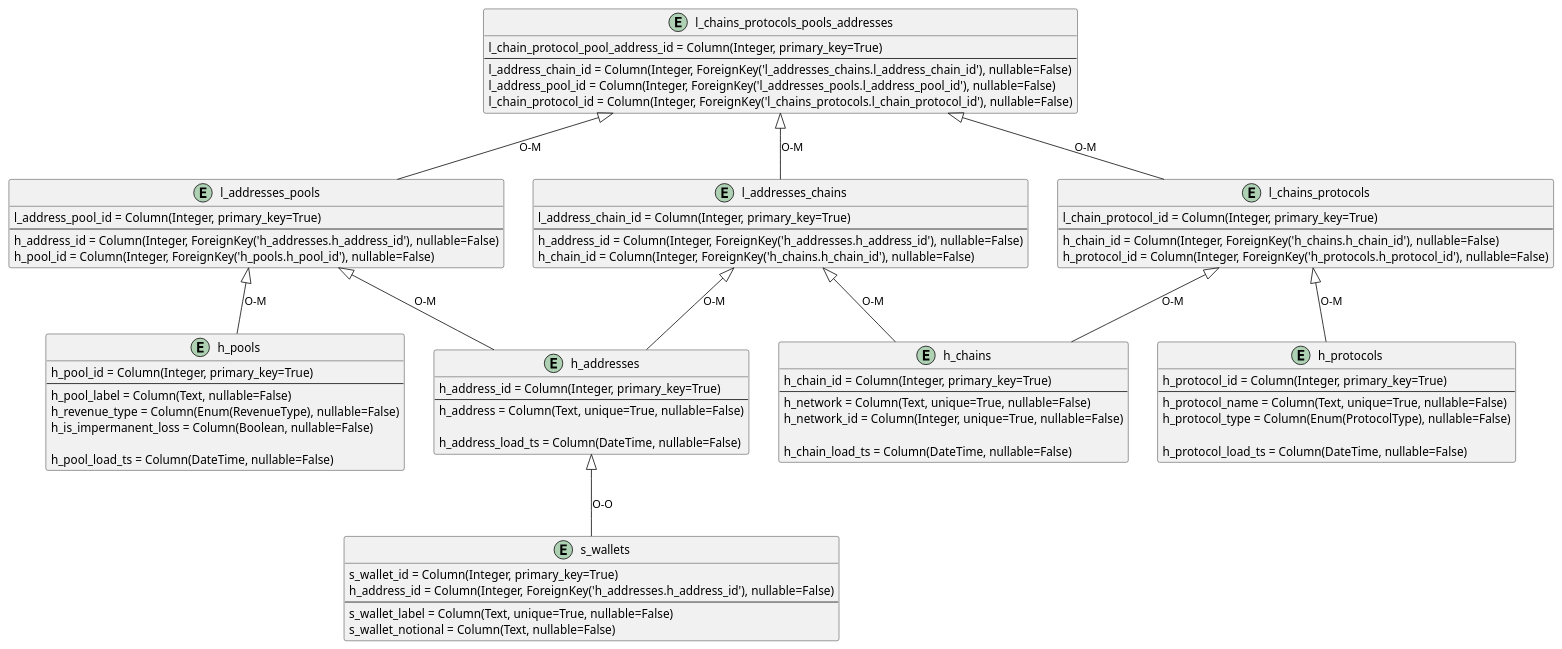
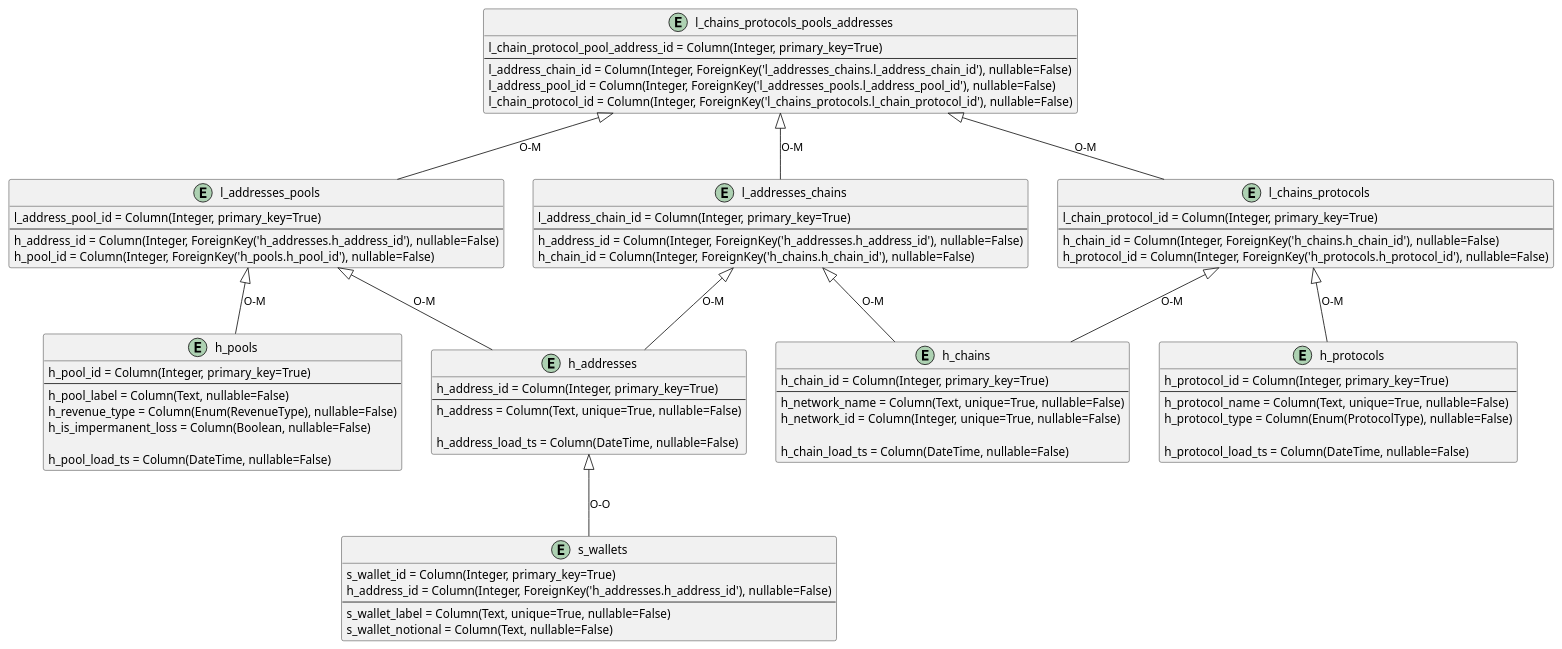
One commit to semyon-puchin/defi-dwh-core changed the diagram in architecture.puml. Above: the diagram before and after it, drawn with PlantUML. The commit also changed 13 other files, not shown here.

```diff
--- a/architecture.puml
+++ b/architecture.puml
@@ -1,96 +1,96 @@
 @startuml
 
 'HUBS
 entity h_addresses {
     h_address_id = Column(Integer, primary_key=True)
     ---
     h_address = Column(Text, unique=True, nullable=False)
 
     h_address_load_ts = Column(DateTime, nullable=False)
 }
 
 entity h_chains {
     h_chain_id = Column(Integer, primary_key=True)
     ---
-    h_network = Column(Text, unique=True, nullable=False)
+    h_network_name = Column(Text, unique=True, nullable=False)
     h_network_id = Column(Integer, unique=True, nullable=False)
 
     h_chain_load_ts = Column(DateTime, nullable=False)
 }
 
 entity h_protocols {
     h_protocol_id = Column(Integer, primary_key=True)
     ---
     h_protocol_name = Column(Text, unique=True, nullable=False)
     h_protocol_type = Column(Enum(ProtocolType), nullable=False)
 
     h_protocol_load_ts = Column(DateTime, nullable=False)
 }
 
 entity h_pools {
     h_pool_id = Column(Integer, primary_key=True)
     ---
     h_pool_label = Column(Text, nullable=False)
     h_revenue_type = Column(Enum(RevenueType), nullable=False)
     h_is_impermanent_loss = Column(Boolean, nullable=False)
 
     h_pool_load_ts = Column(DateTime, nullable=False)
 }
 
 'LINKS
 entity l_chains_protocols {
     l_chain_protocol_id = Column(Integer, primary_key=True)
     ---
     h_chain_id = Column(Integer, ForeignKey('h_chains.h_chain_id'), nullable=False)
     h_protocol_id = Column(Integer, ForeignKey('h_protocols.h_protocol_id'), nullable=False)
 }
 
 entity l_addresses_chains {
     l_address_chain_id = Column(Integer, primary_key=True)
     ---
     h_address_id = Column(Integer, ForeignKey('h_addresses.h_address_id'), nullable=False)
     h_chain_id = Column(Integer, ForeignKey('h_chains.h_chain_id'), nullable=False)
 }
 
 entity l_addresses_pools {
     l_address_pool_id = Column(Integer, primary_key=True)
     ---
     h_address_id = Column(Integer, ForeignKey('h_addresses.h_address_id'), nullable=False)
     h_pool_id = Column(Integer, ForeignKey('h_pools.h_pool_id'), nullable=False)
 }
 
 entity l_chains_protocols_pools_addresses {
     l_chain_protocol_pool_address_id = Column(Integer, primary_key=True)
     ---
     l_address_chain_id = Column(Integer, ForeignKey('l_addresses_chains.l_address_chain_id'), nullable=False)
     l_address_pool_id = Column(Integer, ForeignKey('l_addresses_pools.l_address_pool_id'), nullable=False)
     l_chain_protocol_id = Column(Integer, ForeignKey('l_chains_protocols.l_chain_protocol_id'), nullable=False)
 }
 
 'SATELLITES
 entity s_wallets {
     s_wallet_id = Column(Integer, primary_key=True)
     h_address_id = Column(Integer, ForeignKey('h_addresses.h_address_id'), nullable=False)
     ---
     s_wallet_label = Column(Text, unique=True, nullable=False)
     s_wallet_notional = Column(Text, nullable=False)
 }
 
 
 l_addresses_chains <|-- h_addresses: O-M
 l_addresses_chains <|-- h_chains: O-M
 
 l_chains_protocols <|-- h_chains: O-M
 l_chains_protocols <|-- h_protocols: O-M
 
 l_addresses_pools <|-- h_addresses: O-M
 l_addresses_pools <|-- h_pools: O-M
 
 l_chains_protocols_pools_addresses <|-- l_addresses_chains: O-M
 l_chains_protocols_pools_addresses <|-- l_chains_protocols: O-M
 l_chains_protocols_pools_addresses <|-- l_addresses_pools: O-M
 
 h_addresses <|-- s_wallets: O-O
 
 
 @enduml
```
